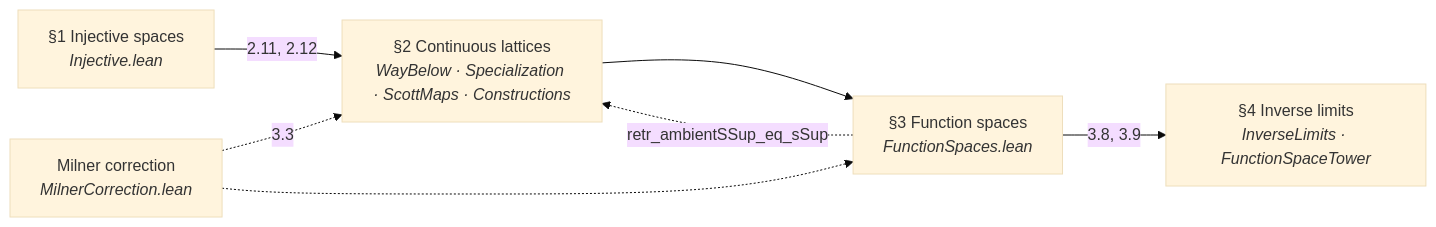
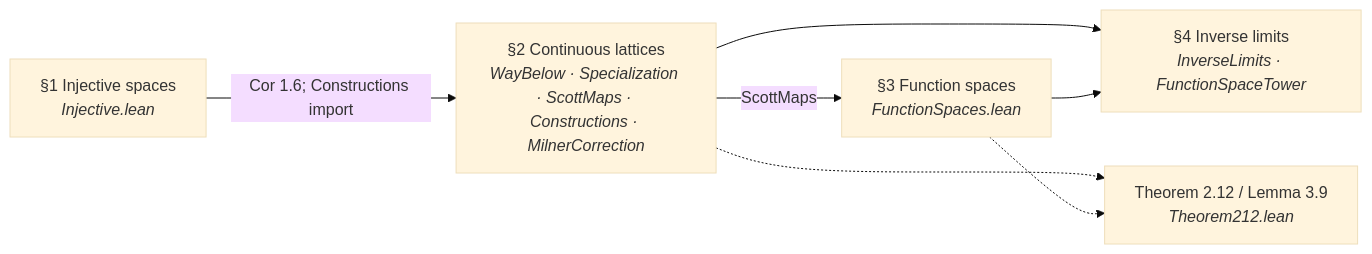
The first of 5 diagrams in arxiv.md (catskillsresearch/scott1972), drawn with Mermaid (base theme) before and after one commit. The commit also changed other lines of this file and 4 other files, not shown here.

````diff
--- a/arxiv.md
+++ b/arxiv.md
@@ -204,15 +202,15 @@
 ```mermaid
 flowchart LR
   S1["§1 Injective spaces<br/><i>Injective.lean</i>"]
-  S2["§2 Continuous lattices<br/><i>WayBelow · Specialization · ScottMaps · Constructions</i>"]
+  S2["§2 Continuous lattices<br/><i>WayBelow · Specialization · ScottMaps · Constructions · MilnerCorrection</i>"]
   S3["§3 Function spaces<br/><i>FunctionSpaces.lean</i>"]
   S4["§4 Inverse limits<br/><i>InverseLimits · FunctionSpaceTower</i>"]
-  MIL["Milner correction<br/><i>MilnerCorrection.lean</i>"]
+  T212["Theorem 2.12 / Lemma 3.9<br/><i>Theorem212.lean</i>"]
 
-  S1 -->|"2.11, 2.12"| S2
-  S2 --> S3
-  S3 -->|"3.8, 3.9"| S4
-  MIL -.->|"3.3"| S2
-  MIL -.-> S3
-  S3 -.->|"retr_ambientSSup_eq_sSup"| S2
+  S1 -->|"Cor 1.6; Constructions import"| S2
+  S2 -->|"ScottMaps"| S3
+  S2 --> S4
+  S3 --> S4
+  S2 -.-> T212
+  S3 -.-> T212
 ```
````
